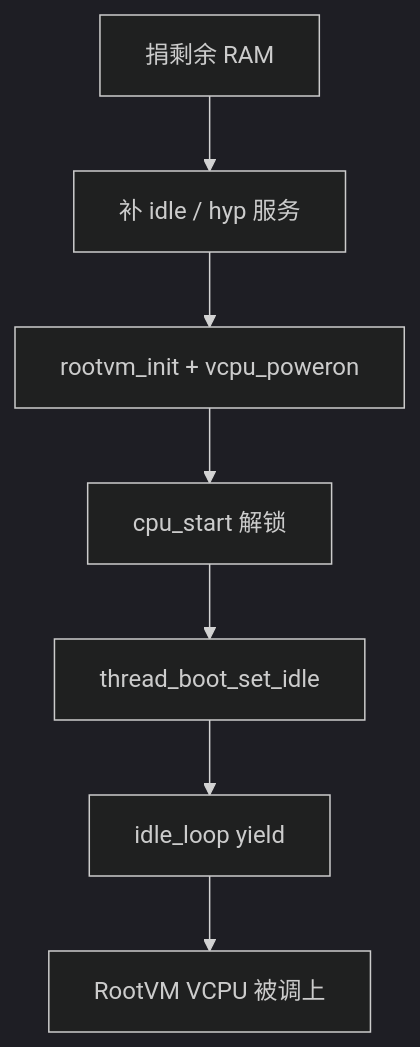
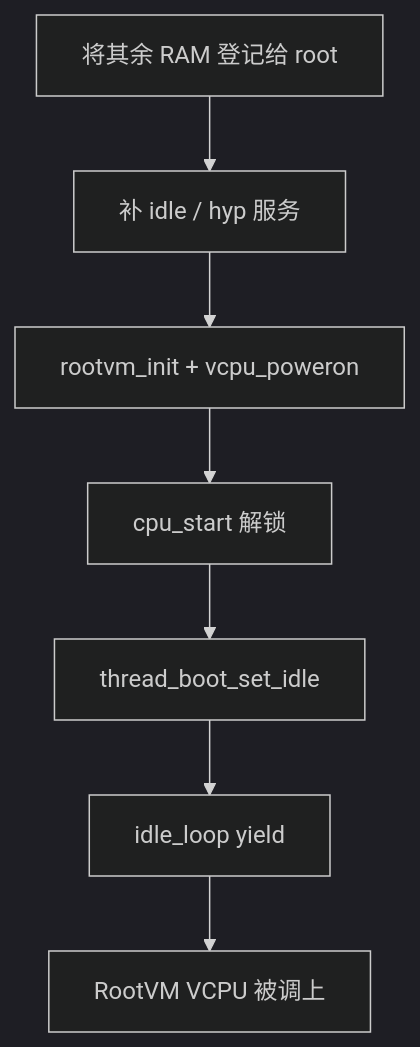
The diagram in 课程/第13课.md (SangLiang/gunyah-hypervisor), drawn with Mermaid (dark theme) before and after one commit. The commit also changed other lines of this file and 7 other files, not shown here.

````diff
--- a/课程/第13课.md
+++ b/课程/第13课.md
@@ -60,9 +62,9 @@
 ```mermaid
 flowchart TD
-  A[捐剩余 RAM] --> B[补 idle / hyp 服务]
+  A[将其余 RAM 登记给 root] --> B[补 idle / hyp 服务]
   B --> C[rootvm_init + vcpu_poweron]
   C --> D[cpu_start 解锁]
   D --> E[thread_boot_set_idle]
   E --> F[idle_loop yield]
   F --> G[RootVM VCPU 被调上]
 ```
````
